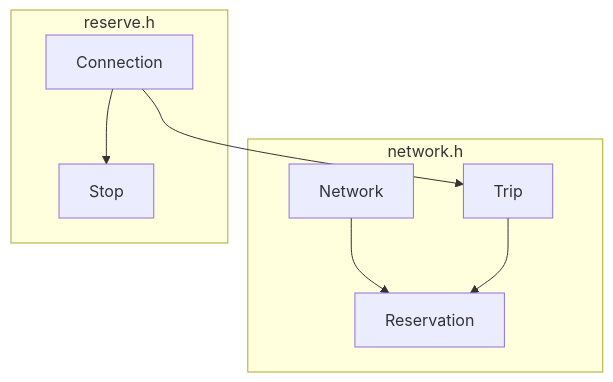
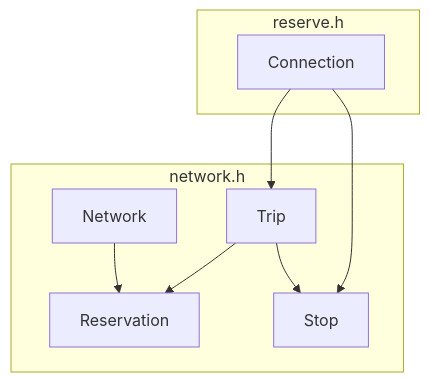
The third of 3 diagrams in README.md (maptic/osurs), drawn with Mermaid before and after one commit.

````diff
--- a/README.md
+++ b/README.md
@@ -50,11 +50,12 @@
 ```mermaid
 graph TD;
   subgraph network.h;
     Network-->Reservation;
     Trip-->Reservation;
+    Trip-->Stop;
   end;
   subgraph reserve.h;
     Connection-->Stop;
     Connection-->Trip;
   end;
 ```
````
